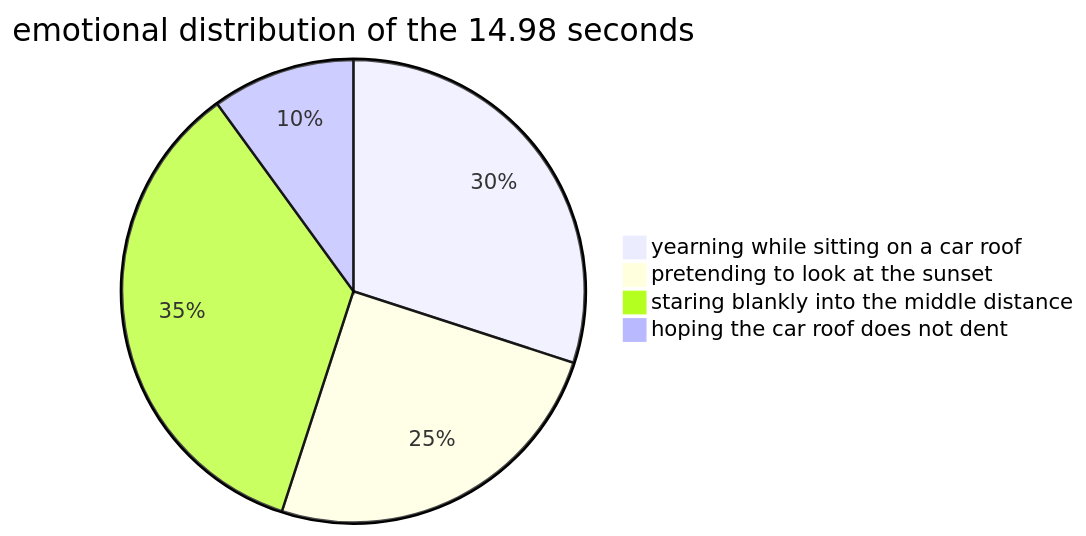
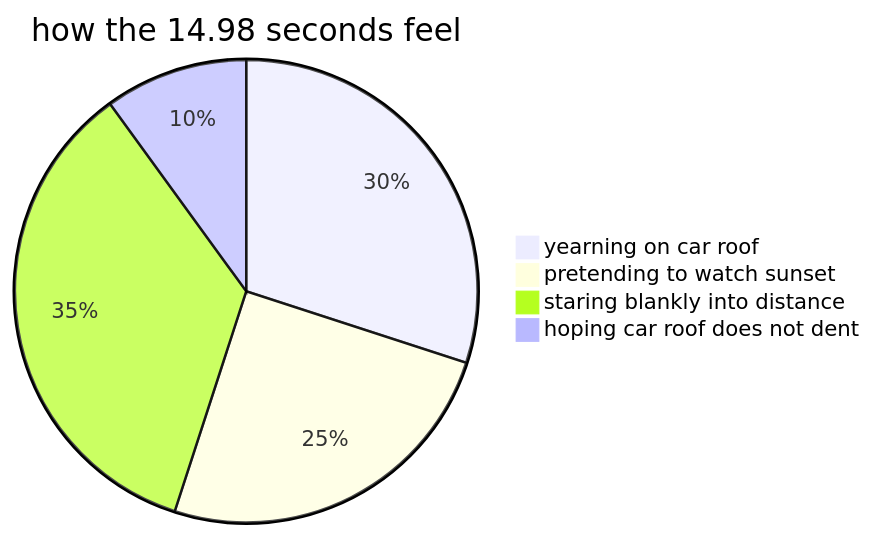
One commit to MdKasif0/No-Context changed the second of 4 diagrams in README.md. Above: the diagram before and after it, drawn with Mermaid. The commit also changed other lines of this file, not shown here.

````diff
--- a/README.md
+++ b/README.md
@@ -43,7 +52,7 @@
 ```mermaid
-pie title emotional distribution of the 14.98 seconds
-    "yearning while sitting on a car roof" : 30
-    "pretending to look at the sunset" : 25
-    "staring blankly into the middle distance" : 35
-    "hoping the car roof does not dent" : 10
+pie title how the 14.98 seconds feel
+    "yearning on car roof" : 30
+    "pretending to watch sunset" : 25
+    "staring blankly into distance" : 35
+    "hoping car roof does not dent" : 10
 ```
````
